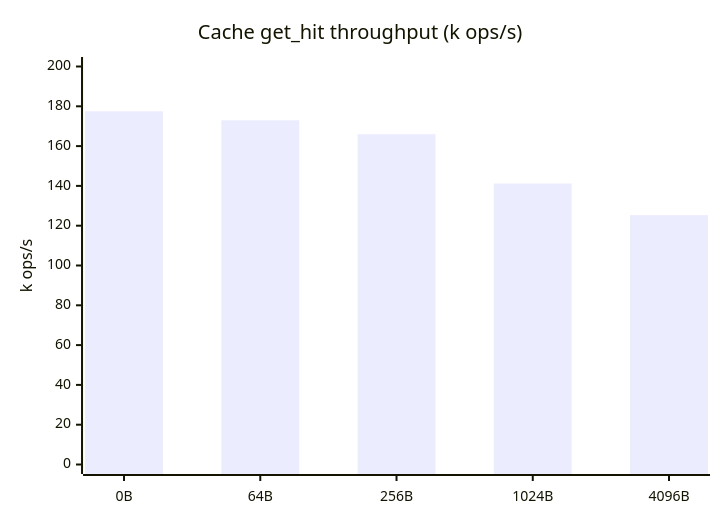
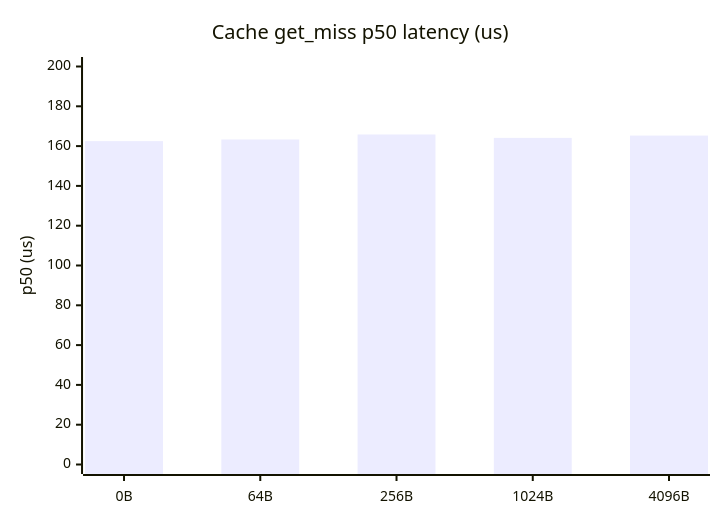
Diagram 19 of 22 in services/broker/README.md (gabloe/felix), drawn with Mermaid before and after one commit. The commit also changed other lines of this file and 2 other files, not shown here.

````diff
--- a/services/broker/README.md
+++ b/services/broker/README.md
@@ -175,7 +238,7 @@
 ```mermaid
 xychart-beta
-    title "Cache get_hit throughput (k ops/s)"
+    title "Cache get_miss p50 latency (us)"
     x-axis ["0B","64B","256B","1024B","4096B"]
-    y-axis "k ops/s" 0 --> 200
-    bar "get_hit" [177.5,173.0,166.0,141.2,125.3]
+    y-axis "p50 (us)" 0 --> 200
+    bar [162.50,163.33,165.83,164.12,165.29]
 ```
````
